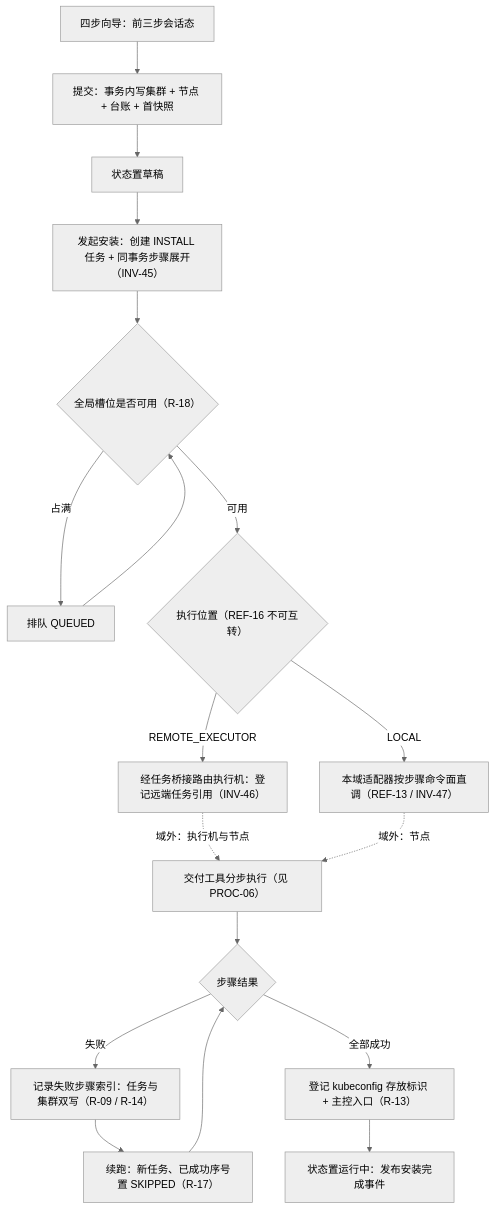
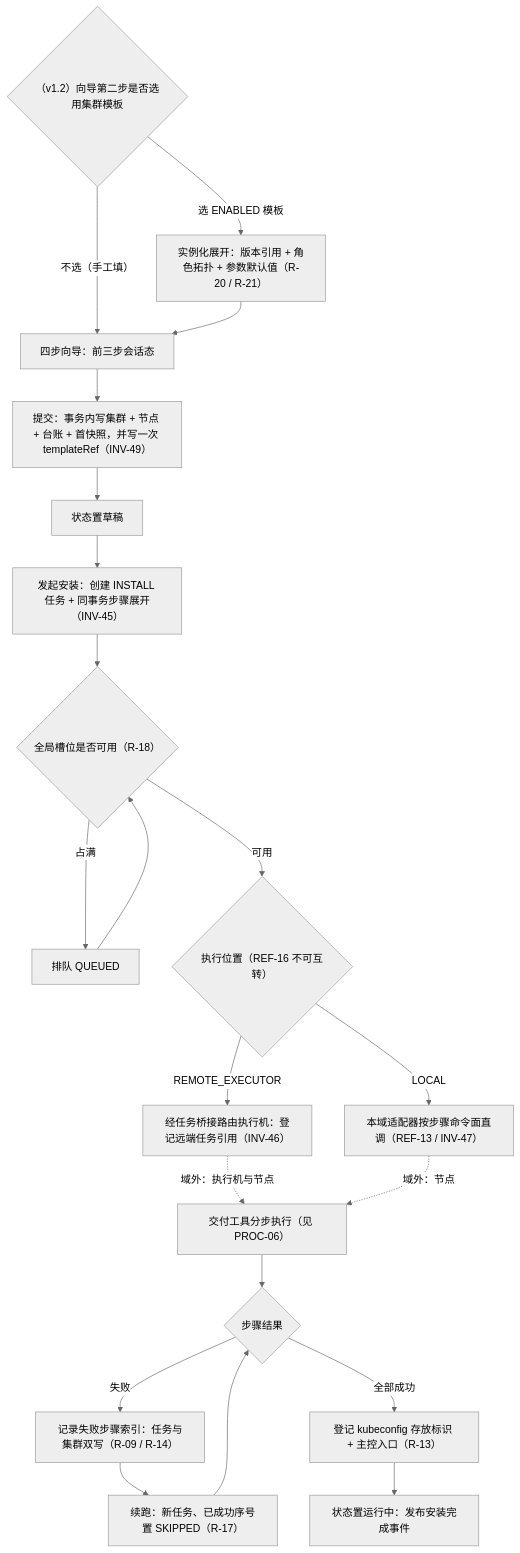
One commit to Project-Opic/opic-clc changed the third of 10 diagrams in design/spec/需求规格说明书-OPIC-集群域.md. Above: the diagram before and after it, drawn with Mermaid (neutral theme). The commit also changed other lines of this file and 5 other files, not shown here.

````diff
--- a/design/spec/需求规格说明书-OPIC-集群域.md
+++ b/design/spec/需求规格说明书-OPIC-集群域.md
@@ -885,20 +1086,24 @@
 ```mermaid
 flowchart TD
-    A["四步向导：前三步会话态"] --> B["提交：事务内写集群 + 节点 + 台账 + 首快照"]
+    T0{"（v1.2）向导第二步是否选用集群模板"}
+    T0 -->|选 ENABLED 模板| T1["实例化展开：版本引用 + 角色拓扑 + 参数默认值（R-20 / R-21）"]
+    T0 -->|不选（手工填）| A
+    T1 --> A["四步向导：前三步会话态"]
+    A --> B["提交：事务内写集群 + 节点 + 台账 + 首快照，并写一次 templateRef（INV-49）"]
     B --> C["状态置草稿"]
     C --> D["发起安装：创建 INSTALL 任务 + 同事务步骤展开（INV-45）"]
     D --> D2{"全局槽位是否可用（R-18）"}
     D2 -->|占满| DQ["排队 QUEUED"]
     DQ --> D2
     D2 -->|可用| E{"执行位置（REF-16 不可互转）"}
     E -->|REMOTE_EXECUTOR| F["经任务桥接路由执行机：登记远端任务引用（INV-46）"]
     E -->|LOCAL| G["本域适配器按步骤命令面直调（REF-13 / INV-47）"]
     F -.->|域外：执行机与节点| H["交付工具分步执行（见 PROC-06）"]
     G -.->|域外：节点| H
     H --> I{"步骤结果"}
     I -->|失败| J["记录失败步骤索引：任务与集群双写（R-09 / R-14）"]
     J --> K["续跑：新任务、已成功序号置 SKIPPED（R-17）"]
     K --> I
     I -->|全部成功| L["登记 kubeconfig 存放标识 + 主控入口（R-13）"]
     L --> M["状态置运行中：发布安装完成事件"]
 ```
````
